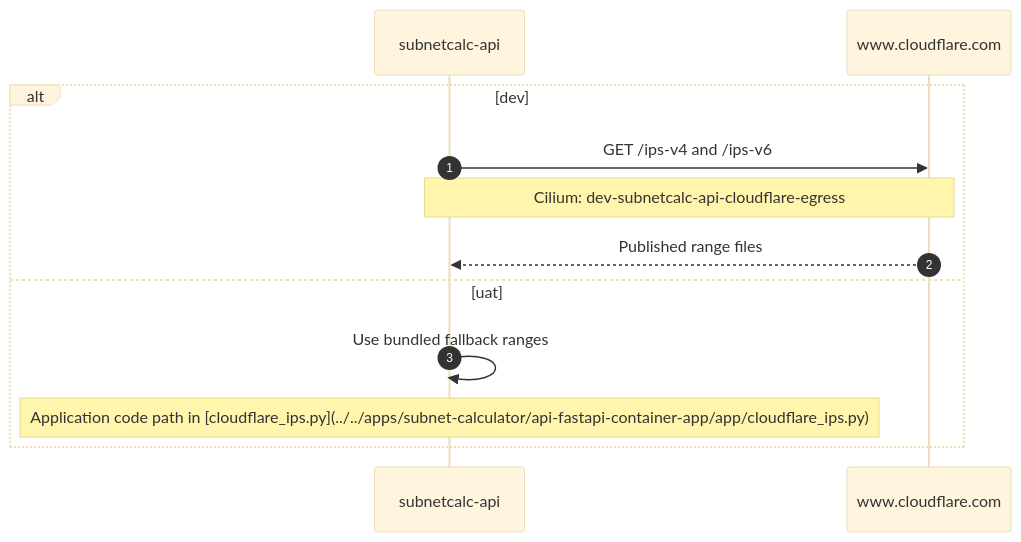
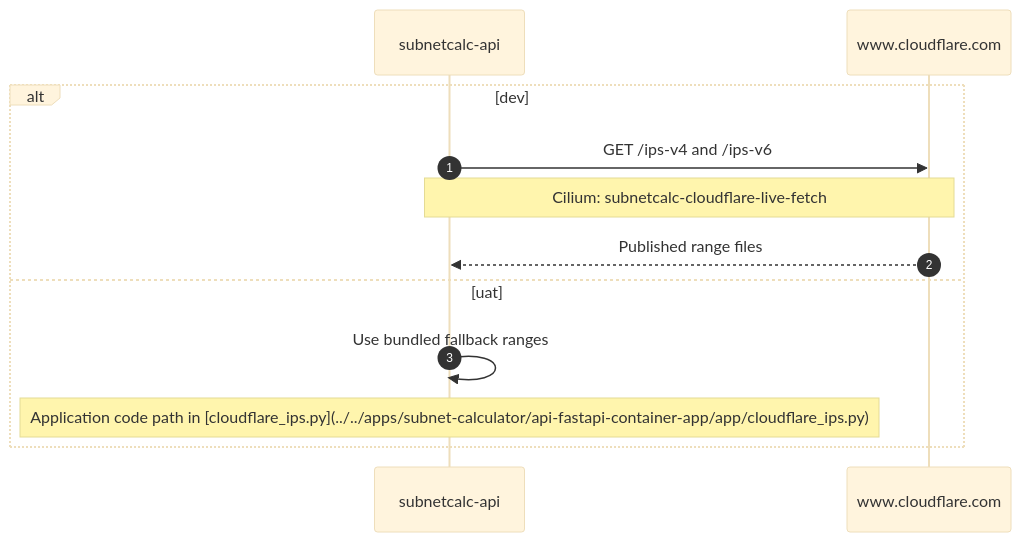
One commit to nickromney/platform changed diagram 11 of 13 in terraform/kubernetes/docs/apps-c4.md. Above: the diagram before and after it, drawn with Mermaid. The commit also changed other lines of this file and 44 other files, not shown here.

````diff
--- a/terraform/kubernetes/docs/apps-c4.md
+++ b/terraform/kubernetes/docs/apps-c4.md
@@ -296,16 +377,16 @@
 ```mermaid
 %%{init: {"theme": "base", "themeVariables": {"background": "#ffffff"}}}%%
 sequenceDiagram
     autonumber
     participant API as subnetcalc-api
     participant Cloudflare as www.cloudflare.com
 
     alt dev
         API->>Cloudflare: GET /ips-v4 and /ips-v6
-        Note over API,Cloudflare: Cilium: dev-subnetcalc-api-cloudflare-egress
+        Note over API,Cloudflare: Cilium: subnetcalc-cloudflare-live-fetch
         Cloudflare-->>API: Published range files
     else uat
         API->>API: Use bundled fallback ranges
         Note over API: Application code path in [cloudflare_ips.py](../../apps/subnet-calculator/api-fastapi-container-app/app/cloudflare_ips.py)
     end
 ```
````
